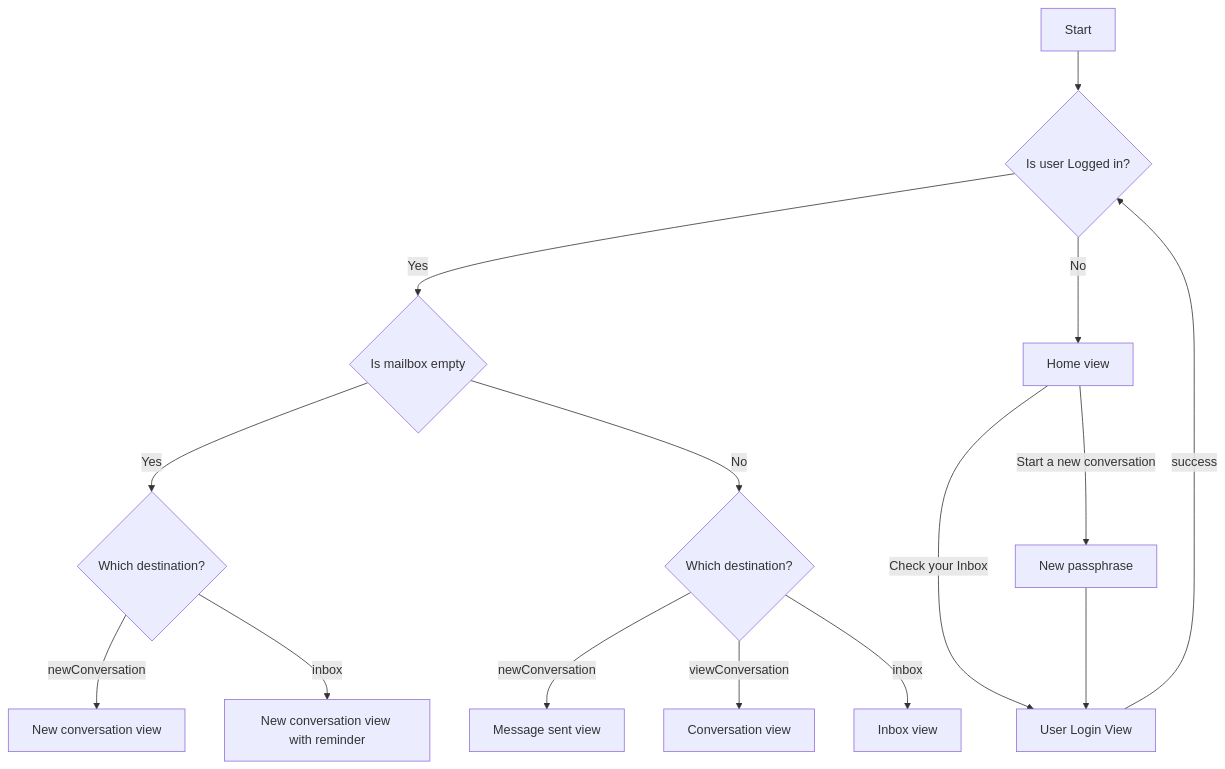
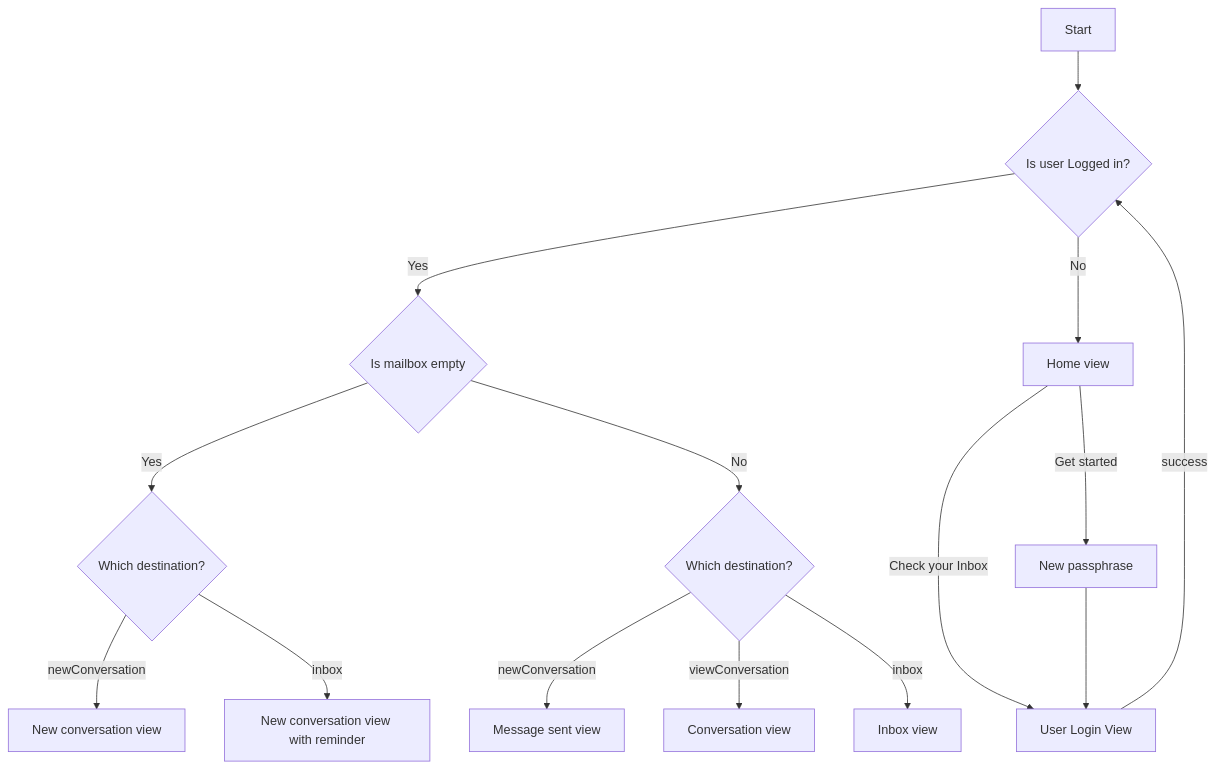
Before and after one commit to guardian/coverdrop-user-interface-ios: the diagram in README.md, drawn with Mermaid. The commit also changed 11 other files, not shown here.

````diff
--- a/README.md
+++ b/README.md
@@ -35,18 +35,18 @@
 ```mermaid
 flowchart TD
     A[Start] --> B{Is user Logged in?}
     B -- Yes --> C{Is mailbox empty}
     B -- No --> E[Home view]
     C -- Yes --> D{Which destination?}
     D -- newConversation --> J[New conversation view]
     D -- inbox --> K[New conversation view with reminder]
     C -- No --> L{Which destination?}
     L -- newConversation --> M[Message sent view]
     L -- viewConversation --> N[Conversation view]
     L -- inbox --> O[Inbox view]
     E -- Check your Inbox --> H[User Login View]
-    E -- Start a new conversation --> I[New passphrase]
+    E -- Get started --> I[New passphrase]
     I --> H[User Login View]
     H -- success --> B{Is user Logged in?}
 
 ```
````
